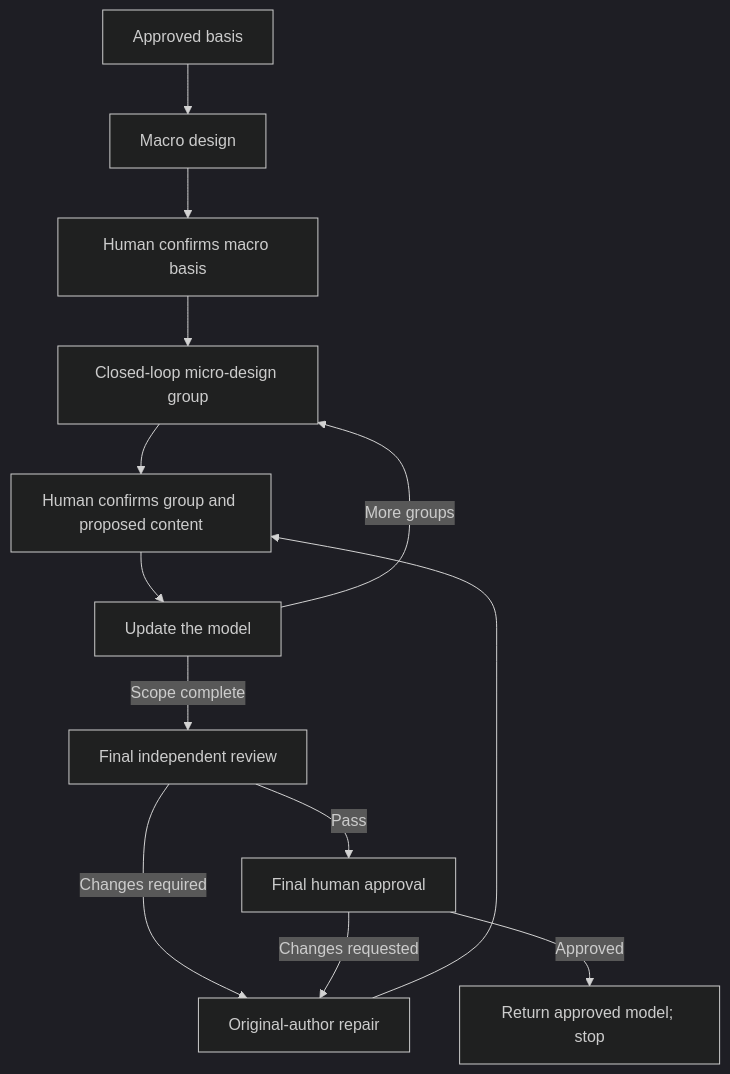
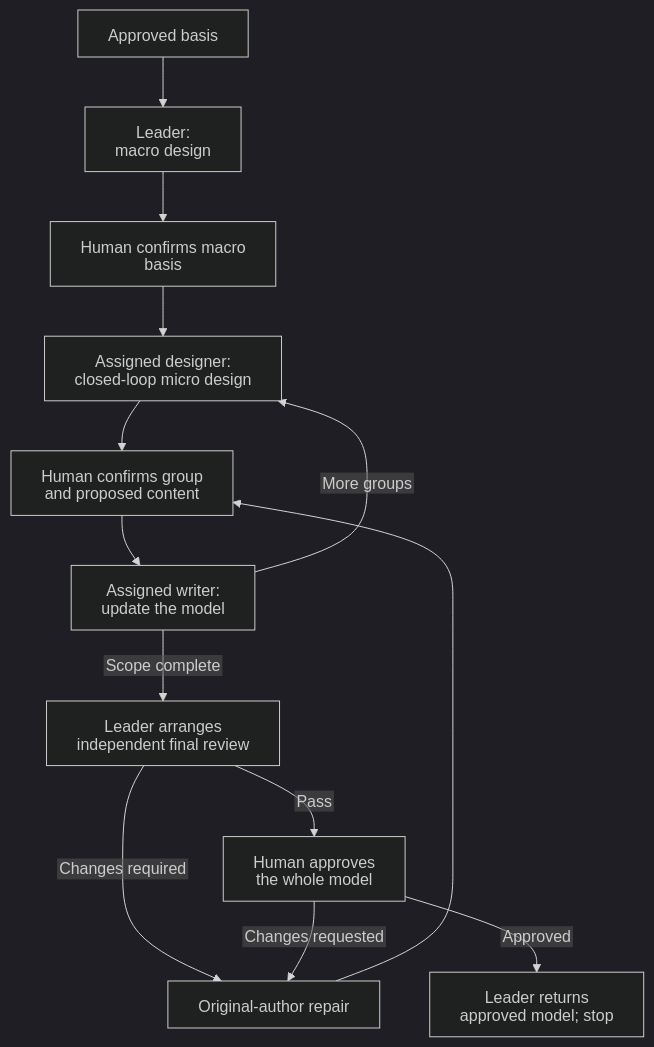
One commit to jidibinlin/clarity-skills changed the diagram in clarify-technical-design/SKILL.md. Above: the diagram before and after it, drawn with Mermaid (dark theme). The commit also changed other lines of this file and 2 other files, not shown here.

````diff
--- a/clarify-technical-design/SKILL.md
+++ b/clarify-technical-design/SKILL.md
@@ -75,15 +90,16 @@
 ```mermaid
+%%{init: {"htmlLabels": false}}%%
 flowchart TD
-    A["Approved basis"] --> B["Macro design"]
+    A["Approved basis"] --> B["Leader:<br/>macro design"]
     B --> C["Human confirms macro basis"]
-    C --> D["Closed-loop micro-design group"]
-    D --> E["Human confirms group and proposed content"]
-    E --> F["Update the model"]
+    C --> D["Assigned designer:<br/>closed-loop micro design"]
+    D --> E["Human confirms group<br/>and proposed content"]
+    E --> F["Assigned writer:<br/>update the model"]
     F -->|More groups| D
-    F -->|Scope complete| G["Final independent review"]
+    F -->|Scope complete| G["Leader arranges<br/>independent final review"]
     G -->|Changes required| H["Original-author repair"]
     H --> E
-    G -->|Pass| I["Final human approval"]
+    G -->|Pass| I["Human approves<br/>the whole model"]
     I -->|Changes requested| H
-    I -->|Approved| J["Return approved model; stop"]
+    I -->|Approved| J["Leader returns<br/>approved model; stop"]
 ```
````
